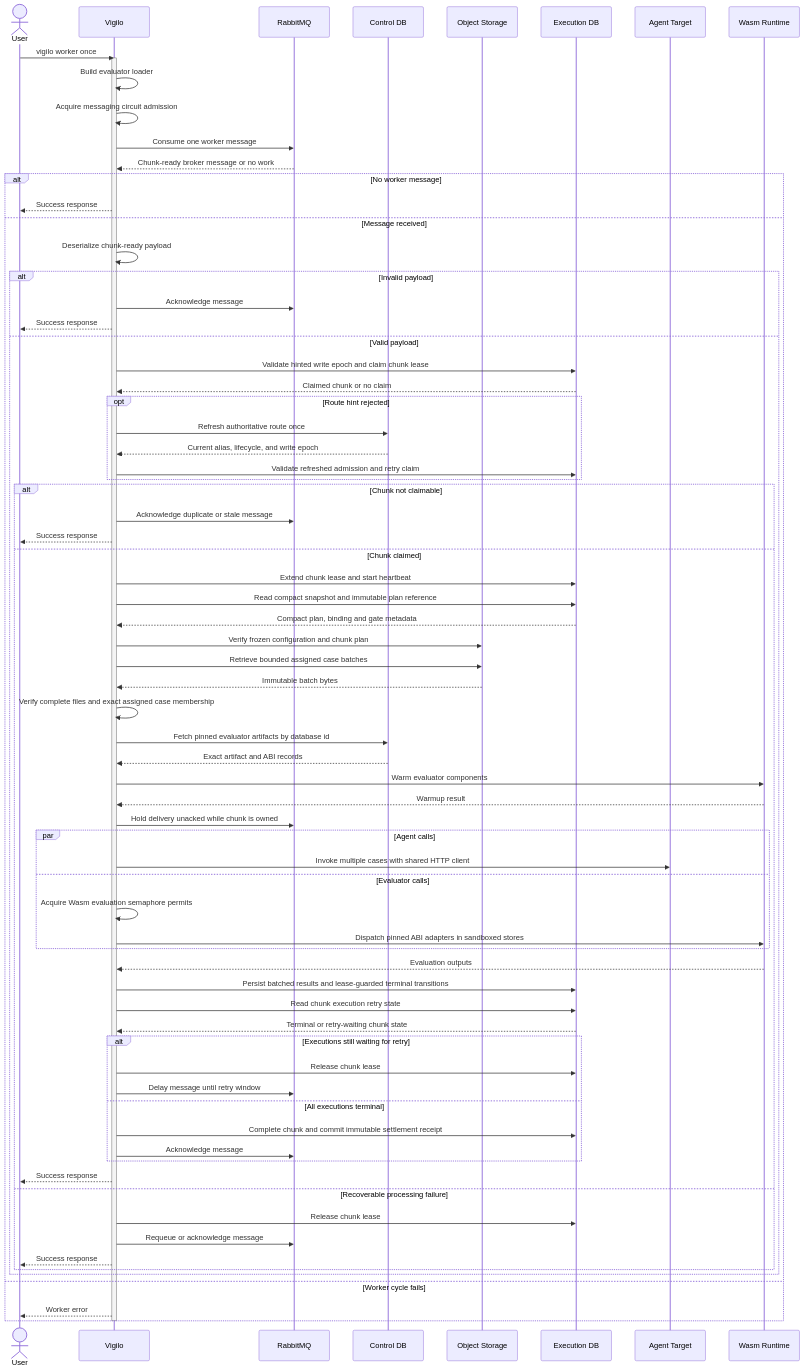
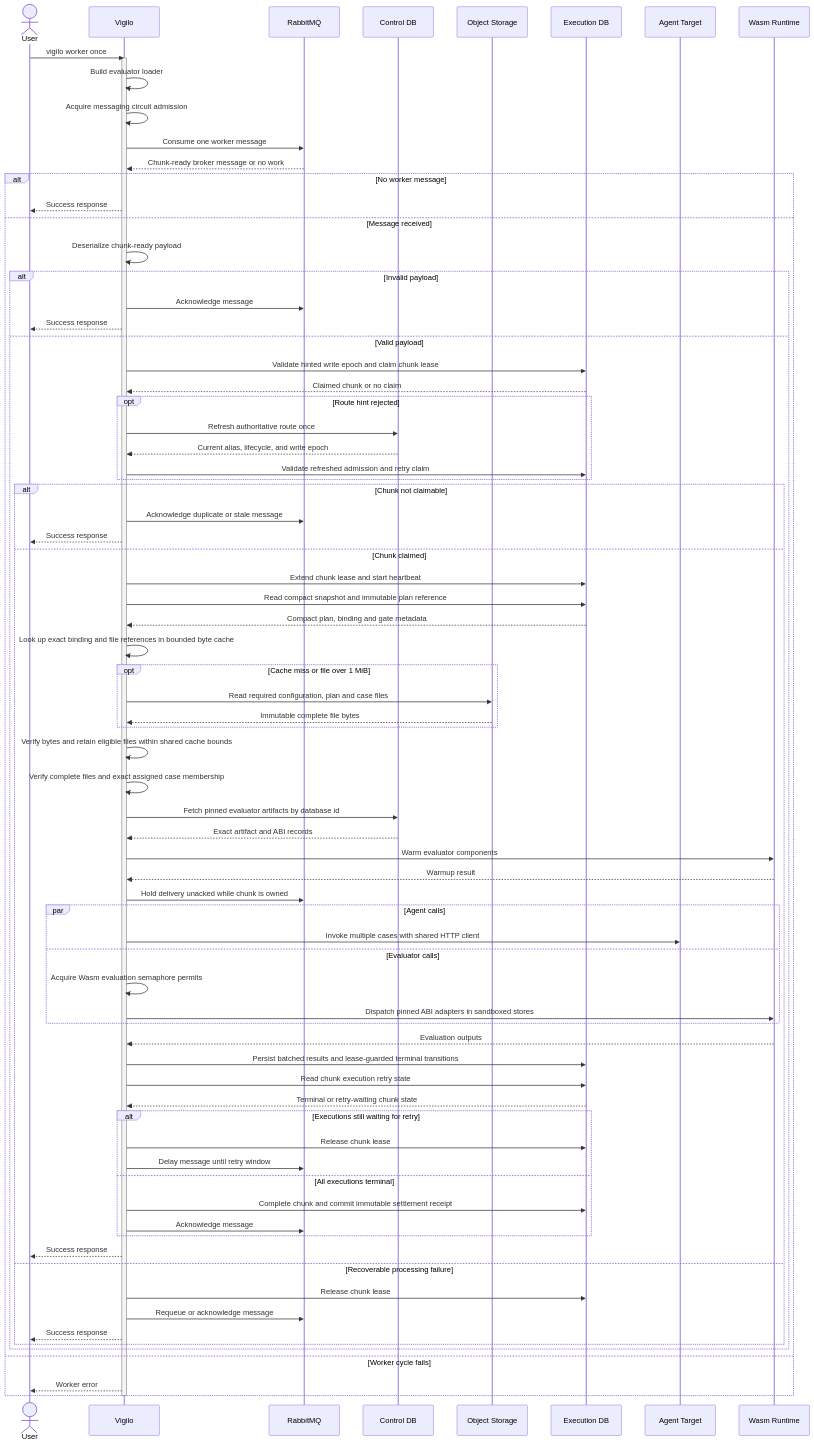
One commit to agent-vigilo/vigilo changed the diagram in web/docs/architecture/flows/worker/once/execution-flow.mmd. Above: the diagram before and after it, drawn with Mermaid. The commit also changed 65 other files, not shown here.

```diff
--- a/web/docs/architecture/flows/worker/once/execution-flow.mmd
+++ b/web/docs/architecture/flows/worker/once/execution-flow.mmd
@@ -1,86 +1,89 @@
 ---
 config:
   flowchart:
     nodeSpacing: 150
     rankSpacing: 80
   themeVariables:
     edgeLabelBackground: 'transparent'
 ---
 sequenceDiagram
     actor User
     participant Vigilo
     participant Queue as RabbitMQ
     participant ControlDB as Control DB
     participant Objects as Object Storage
     participant ExecutionDB as Execution DB
     participant Agent as Agent Target
     participant WASM as Wasm Runtime
 
     User->>Vigilo: vigilo worker once
     activate Vigilo
     Vigilo->>Vigilo: Build evaluator loader
     Vigilo->>Vigilo: Acquire messaging circuit admission
     Vigilo->>Queue: Consume one worker message
     Queue-->>Vigilo: Chunk-ready broker message or no work
 
     alt No worker message
         Vigilo-->>User: Success response
     else Message received
         Vigilo->>Vigilo: Deserialize chunk-ready payload
         alt Invalid payload
             Vigilo->>Queue: Acknowledge message
             Vigilo-->>User: Success response
         else Valid payload
             Vigilo->>ExecutionDB: Validate hinted write epoch and claim chunk lease
             ExecutionDB-->>Vigilo: Claimed chunk or no claim
 
             opt Route hint rejected
                 Vigilo->>ControlDB: Refresh authoritative route once
                 ControlDB-->>Vigilo: Current alias, lifecycle, and write epoch
                 Vigilo->>ExecutionDB: Validate refreshed admission and retry claim
             end
 
             alt Chunk not claimable
                 Vigilo->>Queue: Acknowledge duplicate or stale message
                 Vigilo-->>User: Success response
             else Chunk claimed
                 Vigilo->>ExecutionDB: Extend chunk lease and start heartbeat
                 Vigilo->>ExecutionDB: Read compact snapshot and immutable plan reference
                 ExecutionDB-->>Vigilo: Compact plan, binding and gate metadata
-                Vigilo->>Objects: Verify frozen configuration and chunk plan
-                Vigilo->>Objects: Retrieve bounded assigned case batches
-                Objects-->>Vigilo: Immutable batch bytes
+                Vigilo->>Vigilo: Look up exact binding and file references in bounded byte cache
+                opt Cache miss or file over 1 MiB
+                    Vigilo->>Objects: Read required configuration, plan and case files
+                    Objects-->>Vigilo: Immutable complete file bytes
+                end
+                Vigilo->>Vigilo: Verify bytes and retain eligible files within shared cache bounds
                 Vigilo->>Vigilo: Verify complete files and exact assigned case membership
                 Vigilo->>ControlDB: Fetch pinned evaluator artifacts by database id
                 ControlDB-->>Vigilo: Exact artifact and ABI records
                 Vigilo->>WASM: Warm evaluator components
                 WASM-->>Vigilo: Warmup result
                 Vigilo->>Queue: Hold delivery unacked while chunk is owned
                 par Agent calls
                     Vigilo->>Agent: Invoke multiple cases with shared HTTP client
                 and Evaluator calls
                     Vigilo->>Vigilo: Acquire Wasm evaluation semaphore permits
                     Vigilo->>WASM: Dispatch pinned ABI adapters in sandboxed stores
                 end
                 WASM-->>Vigilo: Evaluation outputs
                 Vigilo->>ExecutionDB: Persist batched results and lease-guarded terminal transitions
                 Vigilo->>ExecutionDB: Read chunk execution retry state
                 ExecutionDB-->>Vigilo: Terminal or retry-waiting chunk state
                 alt Executions still waiting for retry
                     Vigilo->>ExecutionDB: Release chunk lease
                     Vigilo->>Queue: Delay message until retry window
                 else All executions terminal
                     Vigilo->>ExecutionDB: Complete chunk and commit immutable settlement receipt
                     Vigilo->>Queue: Acknowledge message
                 end
                 Vigilo-->>User: Success response
             else Recoverable processing failure
                 Vigilo->>ExecutionDB: Release chunk lease
                 Vigilo->>Queue: Requeue or acknowledge message
                 Vigilo-->>User: Success response
             end
         end
     else Worker cycle fails
         Vigilo-->>User: Worker error
     end
     deactivate Vigilo
```
